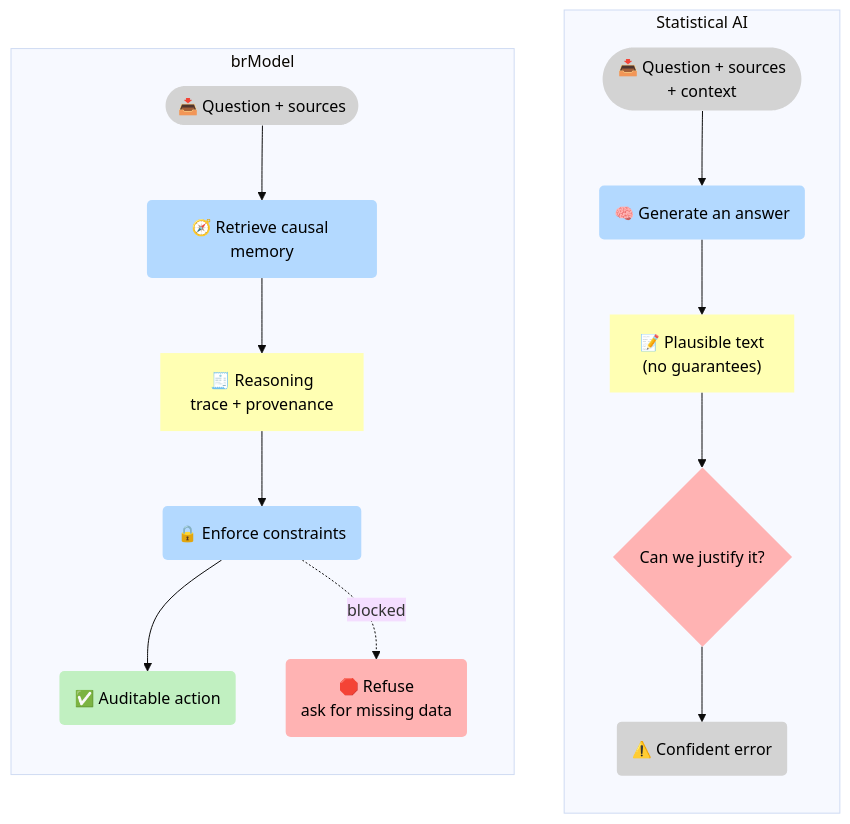
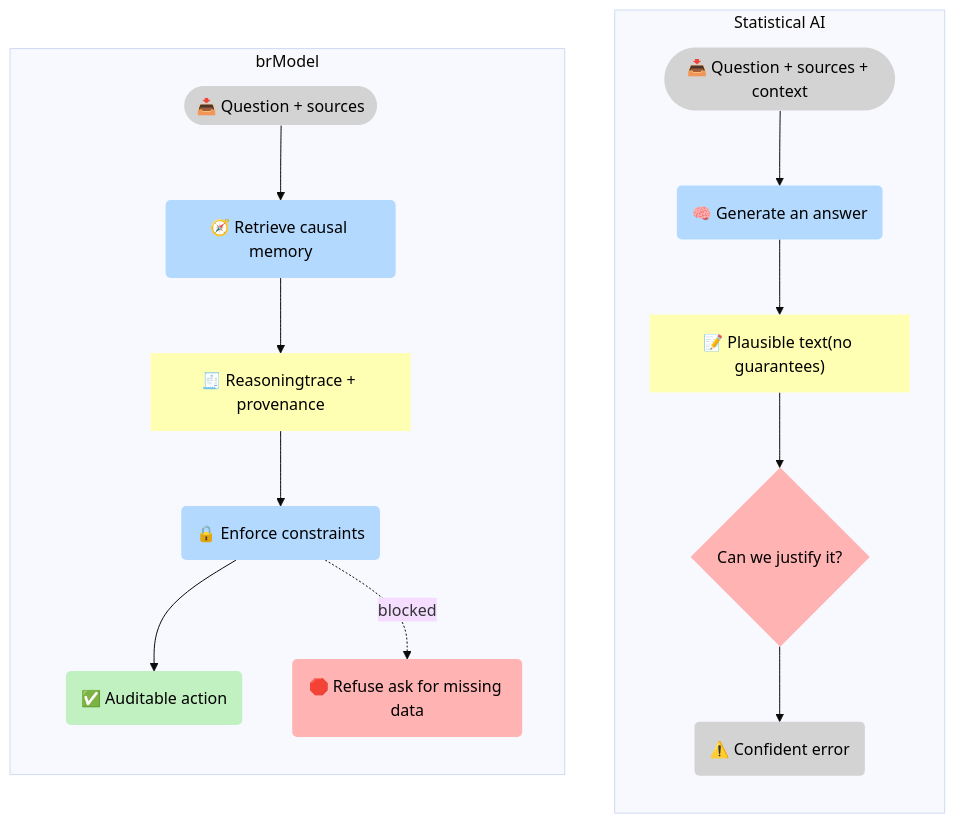
Before and after one commit to 5Reasons/5reasons.github.io: the second of 5 diagrams in docs/index.md, drawn with Mermaid (base theme). The commit also changed other lines of this file and 4 other files, not shown here.

Commit message:
Enhance Mermaid label handling: Implement JavaScript fixes for inline label styles and ensure proper text wrapping in diagrams

````diff
--- a/docs/index.md
+++ b/docs/index.md
@@ -163,37 +163,37 @@
 ```mermaid
 flowchart TB
 %% Styles (brModel Standard)
 classDef i fill:#D3D3D3,stroke-width:0px,color:#000;
 classDef p fill:#B3D9FF,stroke-width:0px,color:#000;
 classDef r fill:#FFFFB3,stroke-width:0px,color:#000;
 classDef o fill:#C1F0C1,stroke-width:0px,color:#000;
 classDef s fill:#FFB3B3,stroke-width:0px,color:#000;
 
 subgraph S1["Statistical AI"]
 direction TB
-I_Q1(["📥 Question + sources <br>+ context"]):::i
+I_Q1(["📥 Question + sources + context"]):::i
 P_LLM1("🧠 Generate an answer"):::p
-R_Text1["📝 Plausible text<br>(no guarantees)"]:::r
+R_Text1["📝 Plausible text(no guarantees)"]:::r
 P_Check1{"Can we justify it?"}:::s
 S_Error1("⚠️ Confident error"):::i
 I_Q1 --> P_LLM1 --> R_Text1 --> P_Check1 --> S_Error1
 end
 
 subgraph S2["brModel"]
 direction TB
 I_Q2(["📥 Question + sources"]):::i
 P_Memory("🧭 Retrieve causal memory"):::p
-R_Trace["🧾 Reasoning<br>trace + provenance"]:::r
+R_Trace["🧾 Reasoningtrace + provenance"]:::r
 P_Constraints("🔒 Enforce constraints"):::p
 O_Safe("✅ Auditable action"):::o
-S_Block("🛑 Refuse <br>ask for missing data"):::s
+S_Block("🛑 Refuse ask for missing data"):::s
 I_Q2 --> P_Memory --> R_Trace --> P_Constraints --> O_Safe
 P_Constraints -. "blocked" .-> S_Block
 end
 
 
 
 click P_Memory "/methodology/causalgraphrag/" "CausalGraphRAG"
 click P_Constraints "/methodology/constraints/" "Constraints & SHACL"
 click R_Trace "/methodology/llm-tool-rag/" "LLM + Tool + RAG"
 ```
````
